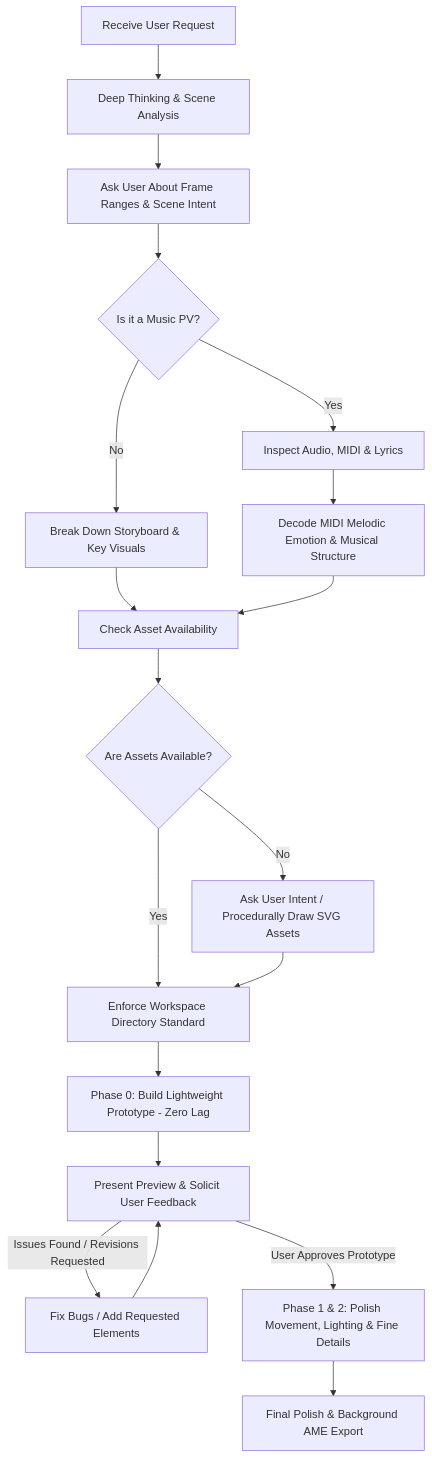
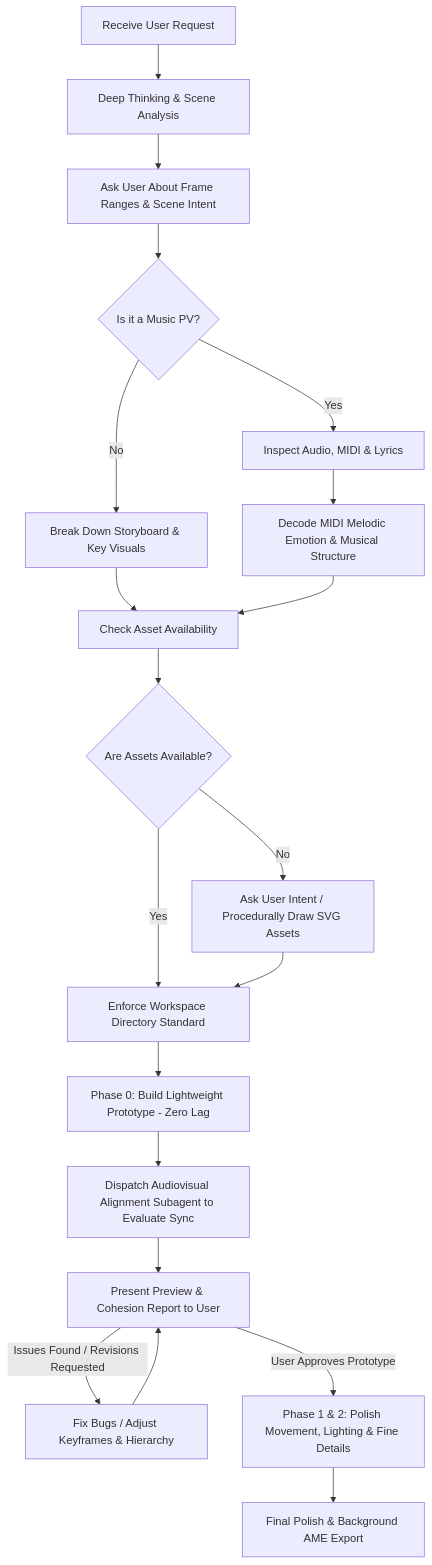
One commit to tzdwindows/after-effects-mcp changed the first of 2 diagrams in skill/after-effects-workflow/SKILL.md. Above: the diagram before and after it, drawn with Mermaid. The commit also changed other lines of this file, not shown here.

Commit message:
feat(skill): integrate autonomous Audiovisual Cohesion Evaluator subagent into workflow

````diff
--- a/skill/after-effects-workflow/SKILL.md
+++ b/skill/after-effects-workflow/SKILL.md
@@ -20,21 +21,22 @@
 ```mermaid
 flowchart TD
     A[Receive User Request] --> B[Deep Thinking & Scene Analysis]
     B --> C[Ask User About Frame Ranges & Scene Intent]
     C --> D{Is it a Music PV?}
     D -- Yes --> E[Inspect Audio, MIDI & Lyrics]
     D -- No --> F[Break Down Storyboard & Key Visuals]
     E --> G[Decode MIDI Melodic Emotion & Musical Structure]
     F --> H[Check Asset Availability]
     G --> H
     H --> I{Are Assets Available?}
     I -- No --> J[Ask User Intent / Procedurally Draw SVG Assets]
     I -- Yes --> K[Enforce Workspace Directory Standard]
     J --> K
     K --> L[Phase 0: Build Lightweight Prototype - Zero Lag]
-    L --> M[Present Preview & Solicit User Feedback]
-    M -- Issues Found / Revisions Requested --> N[Fix Bugs / Add Requested Elements]
-    M -- User Approves Prototype --> O[Phase 1 & 2: Polish Movement, Lighting & Fine Details]
-    N --> M
-    O --> P[Final Polish & Background AME Export]
+    L --> M[Dispatch Audiovisual Alignment Subagent to Evaluate Sync]
+    M --> N[Present Preview & Cohesion Report to User]
+    N -- Issues Found / Revisions Requested --> O[Fix Bugs / Adjust Keyframes & Hierarchy]
+    N -- User Approves Prototype --> P[Phase 1 & 2: Polish Movement, Lighting & Fine Details]
+    O --> N
+    P --> Q[Final Polish & Background AME Export]
 ```
````
